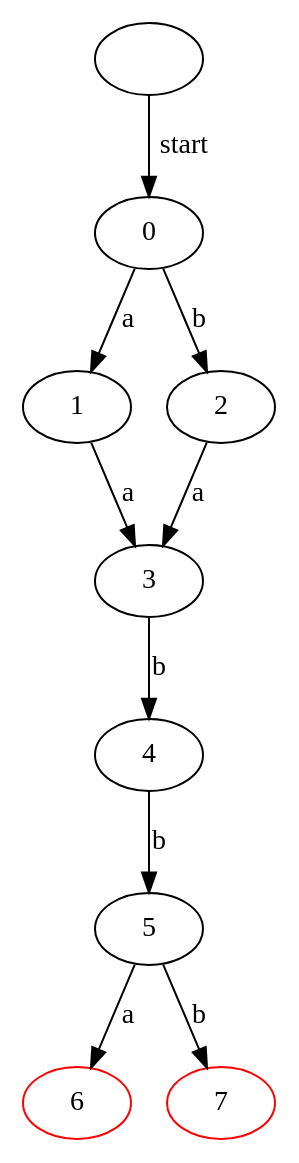
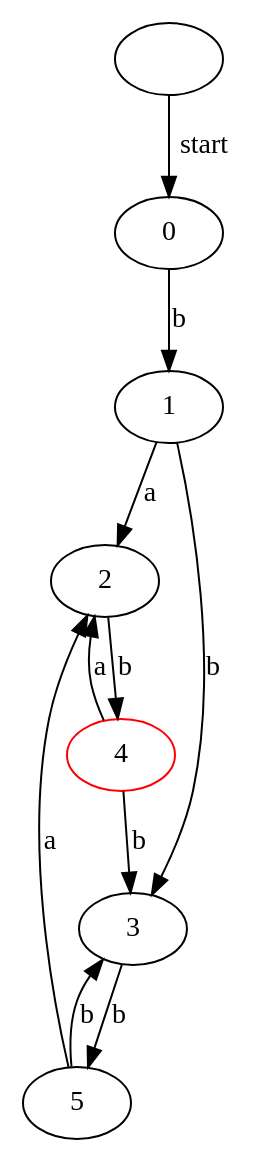
One commit to Snowcying/NFAtoDFA changed the diagram in NFAtoDFA.gv. Above: the diagram before and after it, drawn with Graphviz. The commit also changed 6 other files, not shown here.

```diff
--- a/NFAtoDFA.gv
+++ b/NFAtoDFA.gv
@@ -1,20 +1,19 @@
 // NFAtoDFA
 digraph {
 	0 [label=0]
-	0 -> 1 [label=a]
-	0 -> 2 [label=b]
+	0 -> 1 [label=b]
 	1 [label=1]
-	1 -> 3 [label=a]
+	1 -> 2 [label=a]
+	1 -> 3 [label=b]
 	2 [label=2]
-	2 -> 3 [label=a]
+	2 -> 4 [label=b]
 	3 [label=3]
-	3 -> 4 [label=b]
-	4 [label=4]
-	4 -> 5 [label=b]
+	3 -> 5 [label=b]
+	4 [label=4 color=red]
+	4 -> 2 [label=a]
+	4 -> 3 [label=b]
 	5 [label=5]
-	5 -> 6 [label=a]
-	5 -> 7 [label=b]
-	6 [label=6 color=red]
-	7 [label=7 color=red]
+	5 -> 2 [label=a]
+	5 -> 3 [label=b]
 	"" -> 0 [label=start]
 }
```
